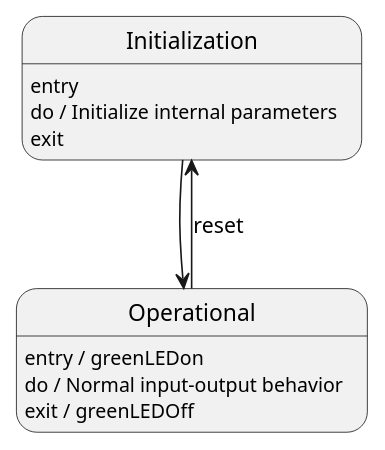
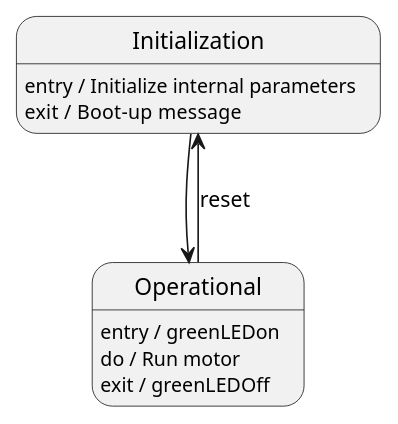
One commit to ManiGautason/T-738-EMBE changed the diagram in Projects/Project_3/docs/diagrams/src/sate.wsd. Above: the diagram before and after it, drawn with PlantUML. The commit also changed 1 other file, not shown here.

Commit message:
state diagram for part 1
Fixed UML state diagram for Part 1

```diff
--- a/Projects/Project_3/docs/diagrams/src/sate.wsd
+++ b/Projects/Project_3/docs/diagrams/src/sate.wsd
@@ -1,20 +1,20 @@
 @startuml state_diagram
 
 ' [*] -->  Initialization : Init
 
 state Initialization {
-    Initialization: entry
-    Initialization: do / Initialize internal parameters
-    Initialization: exit
+    Initialization: entry / Initialize internal parameters
+    ' Initialization: do
+    Initialization: exit /  Boot-up message
 }
 
 Initialization --> Operational
 
 state Operational {
     Operational: entry / greenLEDon
-    Operational: do / Normal input-output behavior
+    Operational: do / Run motor
     Operational: exit / greenLEDOff
 }
 
 Operational --> Initialization : reset
 @enduml
```
